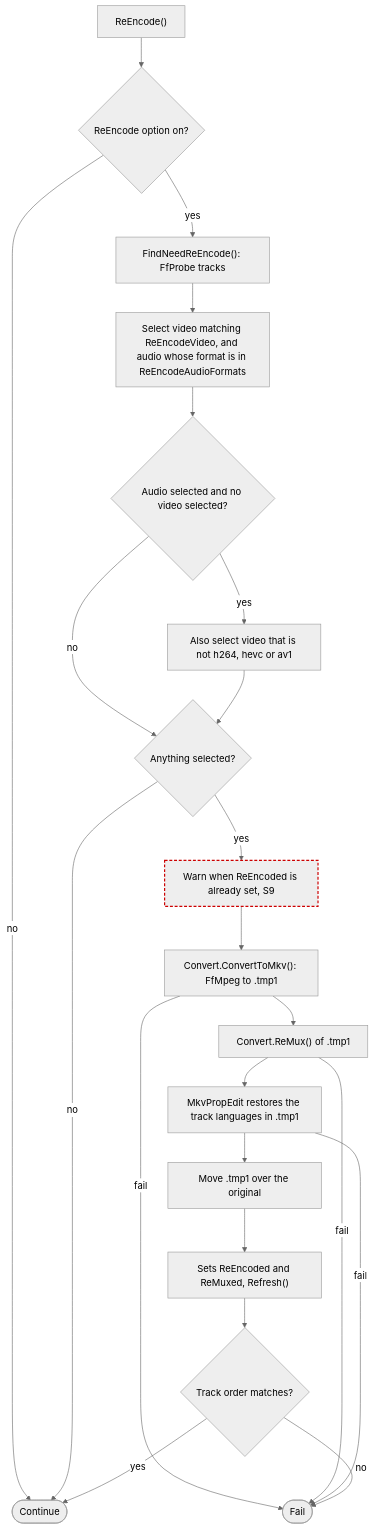
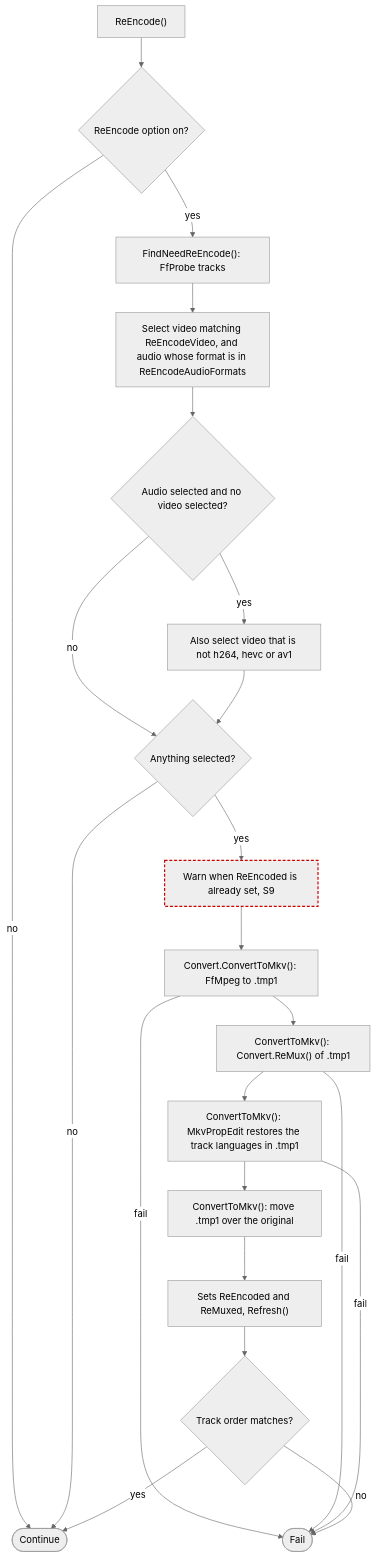
Before and after one commit to ptr727/PlexCleaner: the tenth of 11 diagrams in ARCHITECTURE.md, drawn with Mermaid (neutral theme). The commit also changed other lines of this file and 6 other files, not shown here.

````diff
--- a/ARCHITECTURE.md
+++ b/ARCHITECTURE.md
@@ -617,25 +617,25 @@
 ```mermaid
 flowchart TD
   A0["ReEncode()"] --> A1{"ReEncode option on?"}
   A1 -->|no| AOK(["Continue"])
   A1 -->|yes| S0["FindNeedReEncode(): FfProbe tracks"]
   S0 --> S1["Select video matching ReEncodeVideo, and audio whose format is in ReEncodeAudioFormats"]
   S1 --> S2{"Audio selected and no video selected?"}
   S2 -->|yes| S3["Also select video that is not h264, hevc or av1"]
   S2 -->|no| S4
   S3 --> S4{"Anything selected?"}
   S4 -->|no| AOK
   S4 -->|yes| S5["Warn when ReEncoded is already set, S9"]:::suspect
   S5 --> C1["Convert.ConvertToMkv(): FfMpeg to .tmp1"]
   C1 -->|fail| FAIL(["Fail"])
-  C1 --> C2["Convert.ReMux() of .tmp1"]
+  C1 --> C2["ConvertToMkv(): Convert.ReMux() of .tmp1"]
   C2 -->|fail| FAIL
-  C2 --> C3["MkvPropEdit restores the track languages in .tmp1"]
+  C2 --> C3["ConvertToMkv(): MkvPropEdit restores the track languages in .tmp1"]
   C3 -->|fail| FAIL
-  C3 --> C6["Move .tmp1 over the original"]
+  C3 --> C6["ConvertToMkv(): move .tmp1 over the original"]
   C6 --> C4["Sets ReEncoded and ReMuxed, Refresh()"]
   C4 --> C5{"Track order matches?"}
   C5 -->|no| FAIL
   C5 -->|yes| AOK
   classDef suspect stroke:#c00,stroke-width:2px,stroke-dasharray:5 3
 ```
````
